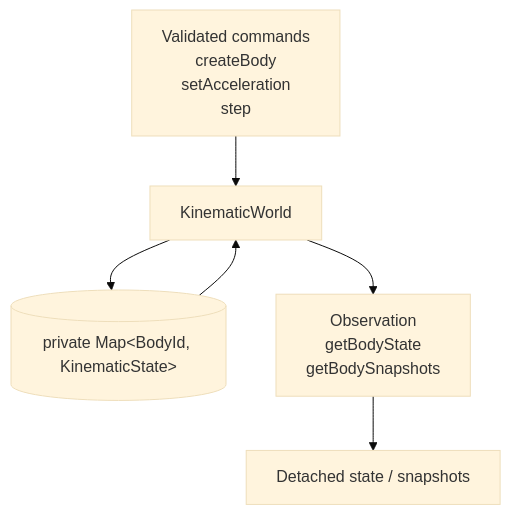
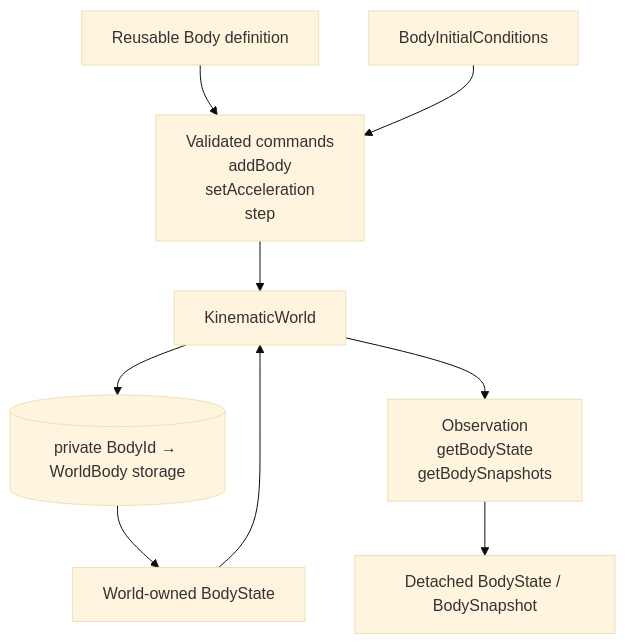
Before and after one commit to fa-ribeiro/vLab2D: the fifth of 21 diagrams in docs/architecture/README.md, drawn with Mermaid (base theme). The commit also changed other lines of this file and 27 other files, not shown here.

````diff
--- a/docs/architecture/README.md
+++ b/docs/architecture/README.md
@@ -194,16 +192,22 @@
 ```mermaid
 flowchart TD
+    BODY["Reusable Body definition"]
+    INIT["BodyInitialConditions"]
     WORLD["KinematicWorld"]
-    STORE[("private Map&lt;BodyId, KinematicState&gt;")]
+    STORE[("private BodyId → WorldBody storage")]
+    STATE["World-owned BodyState"]
 
-    COMMANDS["Validated commands<br/>createBody<br/>setAcceleration<br/>step"]
+    COMMANDS["Validated commands<br/>addBody<br/>setAcceleration<br/>step"]
     QUERIES["Observation<br/>getBodyState<br/>getBodySnapshots"]
-    SNAPSHOTS["Detached state / snapshots"]
+    SNAPSHOTS["Detached BodyState / BodySnapshot"]
 
+    BODY --> COMMANDS
+    INIT --> COMMANDS
     COMMANDS --> WORLD
     WORLD --> STORE
+    STORE --> STATE
 
-    STORE --> WORLD
+    STATE --> WORLD
     WORLD --> QUERIES
     QUERIES --> SNAPSHOTS
 ```
````
